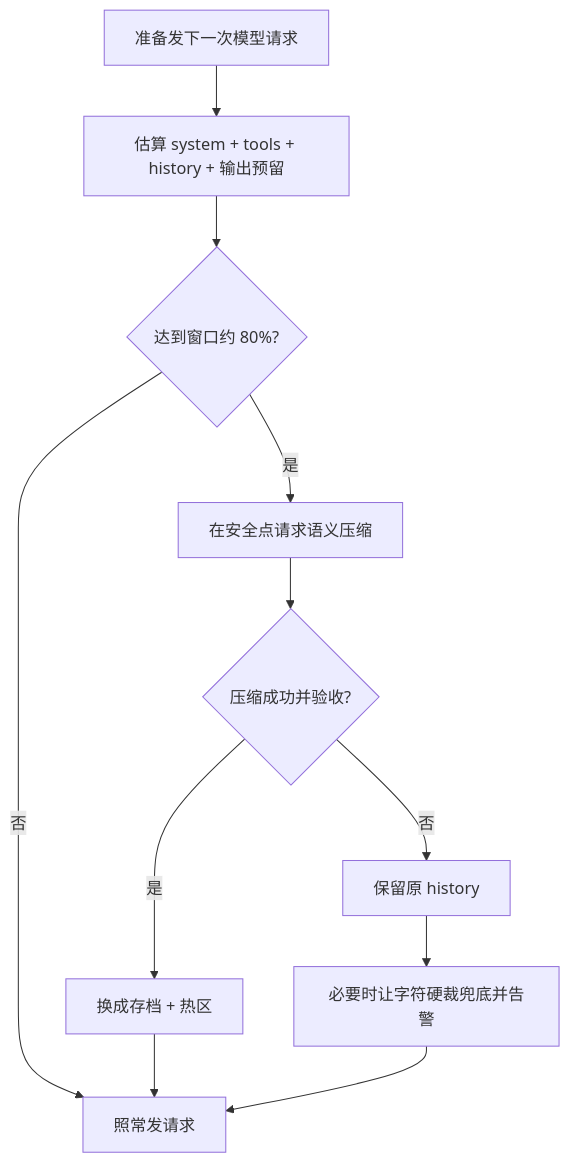
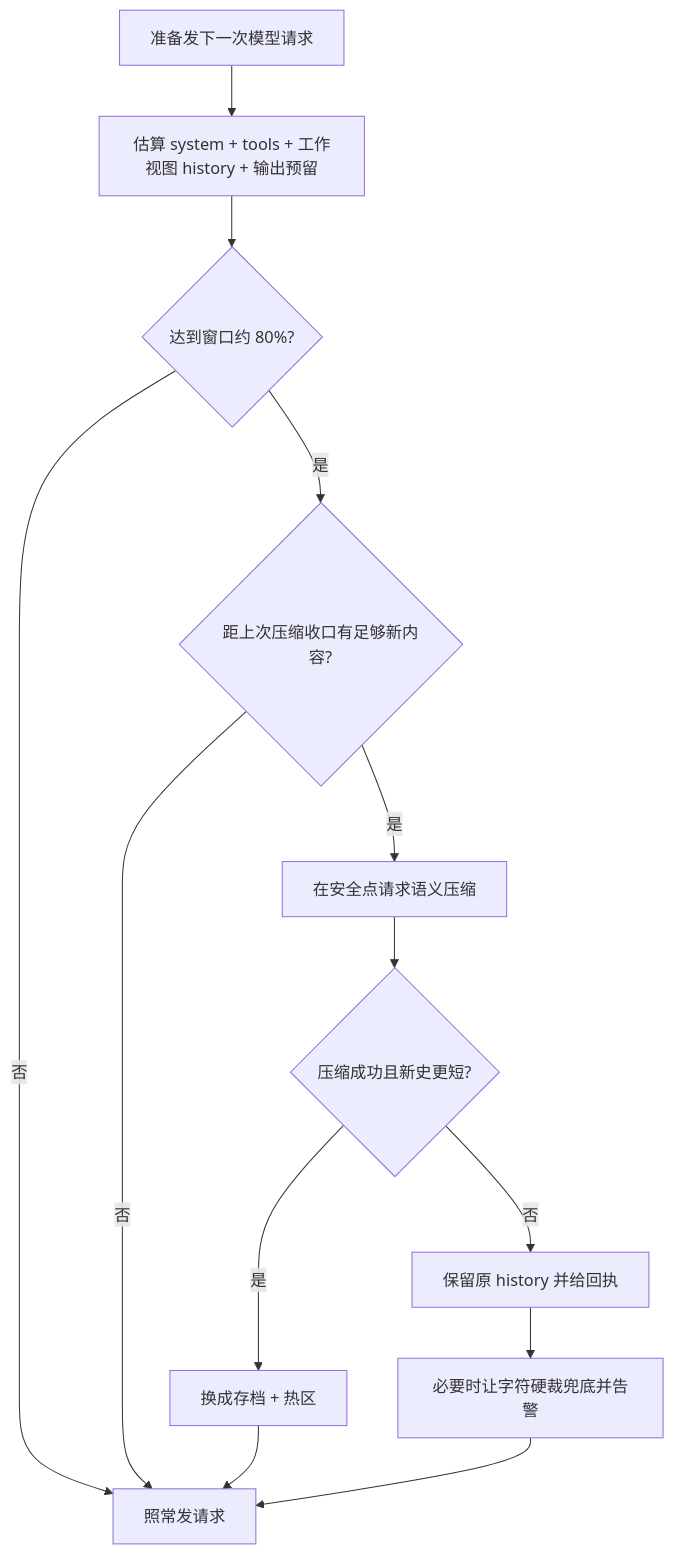
One commit to relic-yuexi/LubanCode changed the first of 2 diagrams in docs/features/context/compaction.md. Above: the diagram before and after it, drawn with Mermaid. The commit also changed other lines of this file and 18 other files, not shown here.

````diff
--- a/docs/features/context/compaction.md
+++ b/docs/features/context/compaction.md
@@ -52,13 +52,15 @@
 ```mermaid
 flowchart TD
-    A[准备发下一次模型请求] --> B[估算 system + tools + history + 输出预留]
+    A[准备发下一次模型请求] --> B[估算 system + tools + 工作视图 history + 输出预留]
     B --> C{达到窗口约 80%?}
     C -- 否 --> D[照常发请求]
-    C -- 是 --> E[在安全点请求语义压缩]
-    E --> F{压缩成功并验收?}
+    C -- 是 --> H{距上次压缩收口有足够新内容?}
+    H -- 否 --> D
+    H -- 是 --> E[在安全点请求语义压缩]
+    E --> F{压缩成功且新史更短?}
     F -- 是 --> G[换成存档 + 热区]
     G --> D
-    F -- 否 --> H[保留原 history]
-    H --> I[必要时让字符硬裁兜底并告警]
-    I --> D
+    F -- 否 --> I[保留原 history 并给回执]
+    I --> J[必要时让字符硬裁兜底并告警]
+    J --> D
 ```
````
